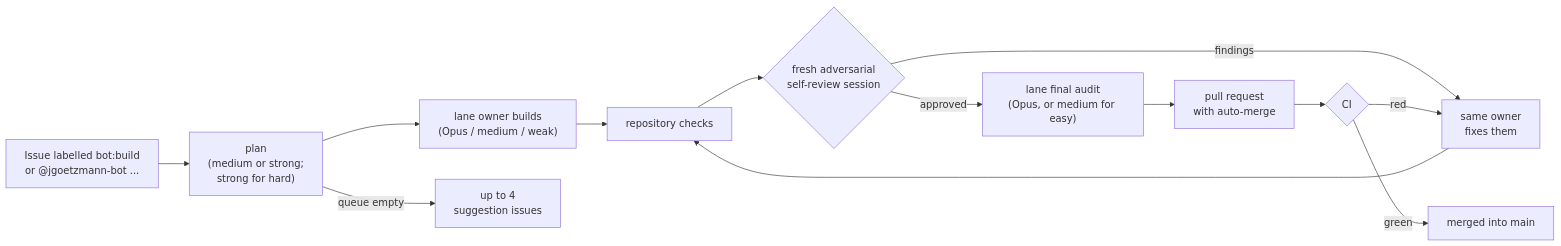
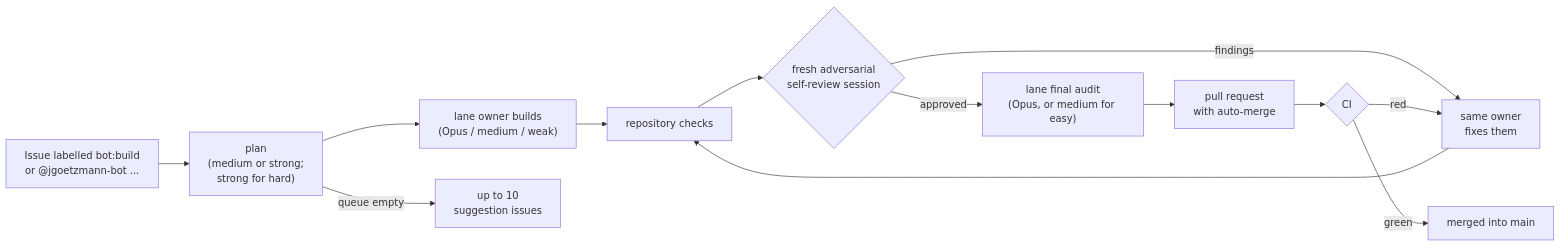
Before and after one commit to Jlore-Studios/JackiOh: the second of 2 diagrams in README.md, drawn with Mermaid. The commit also changed other lines of this file, not shown here.

Commit message:
Night bot: the README says up to ten suggestions open, as the cap is
#1270 raised `suggestions.max_open` in .harness/config.json from 4 to 10 and updated bot/README.md, but the root README still said "at most four at a time" and its flowchart "up to 4 suggestion issues". Both now say ten, matching the config and the pinned status issue ("Suggestions open: 4 of 10").

Claude-Session: https://claude.ai/code/session_013kpeAAjChfT9hQeWoyaWxx

````diff
--- a/README.md
+++ b/README.md
@@ -112,14 +112,14 @@
 ```mermaid
 flowchart LR
   A["Issue labelled bot:build<br/>or @jgoetzmann-bot ..."] --> P["plan<br/>(medium or strong;<br/>strong for hard)"]
   P --> C["lane owner builds<br/>(Opus / medium / weak)"]
   C --> D["repository checks"]
   D --> E{"fresh adversarial<br/>self-review session"}
   E -- "findings" --> F["same owner<br/>fixes them"] --> D
   E -- "approved" --> FA["lane final audit<br/>(Opus, or medium for easy)"]
   FA --> G["pull request<br/>with auto-merge"]
   G --> H{"CI"}
   H -- "green" --> I["merged into main"]
   H -- "red" --> F
-  P -- "queue empty" --> J["up to 4<br/>suggestion issues"]
+  P -- "queue empty" --> J["up to 10<br/>suggestion issues"]
 ```
````
